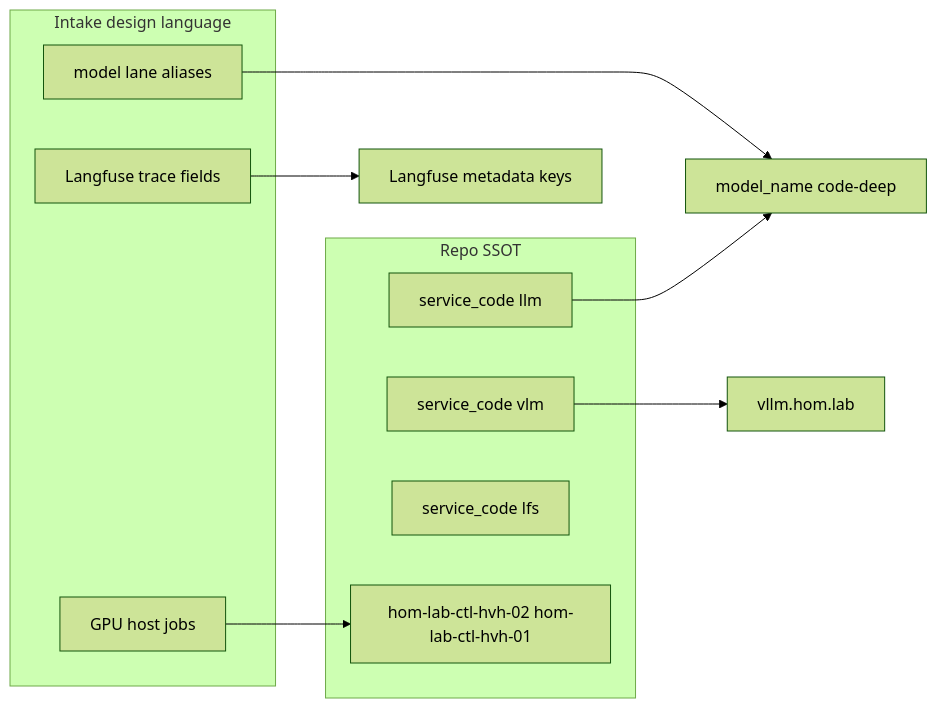
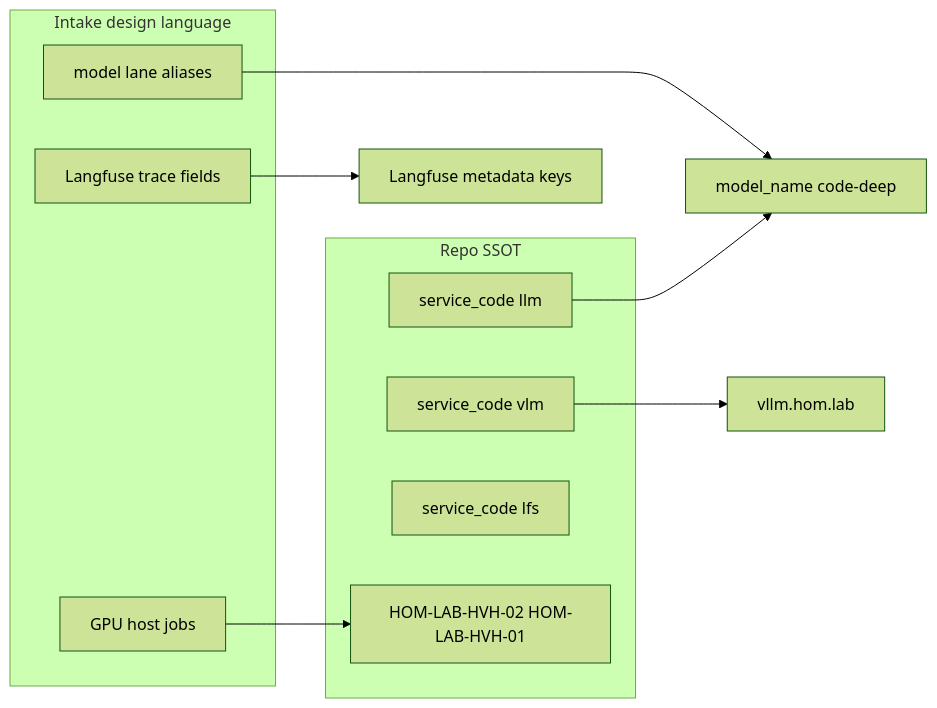
The third of 3 diagrams in docs/plans/2026-05-29--ai-homelab-intake-execution-incomplete-wip/README.md (doesitscript/dotfile-vnext), drawn with Mermaid (forest theme) before and after one commit. The commit also changed other lines of this file and 271 other files, not shown here.

First line of the commit message:
Rename schema dropping middle ctl and update HOM-LAB-CTL-HVH-01

````diff
--- a/docs/plans/2026-05-29--ai-homelab-intake-execution-incomplete-wip/README.md
+++ b/docs/plans/2026-05-29--ai-homelab-intake-execution-incomplete-wip/README.md
@@ -173,21 +173,21 @@
 ```mermaid
 graph LR
   subgraph intake_vocab [Intake design language]
     ml[model lane aliases]
     jobs[GPU host jobs]
     trace[Langfuse trace fields]
   end
 
   subgraph repo_ssot [Repo SSOT]
     llm_code[service_code llm]
     vlm_code[service_code vlm]
     lfs_code[service_code lfs]
-    hosts[hom-lab-ctl-hvh-02 hom-lab-ctl-hvh-01]
+    hosts[HOM-LAB-HVH-02 HOM-LAB-HVH-01]
   end
 
   ml --> litellm_name[model_name code-deep]
   jobs --> hosts
   trace --> lfs_meta[Langfuse metadata keys]
   llm_code --> litellm_name
   vlm_code --> vllm_pub[vllm.hom.lab]
 ```
````
